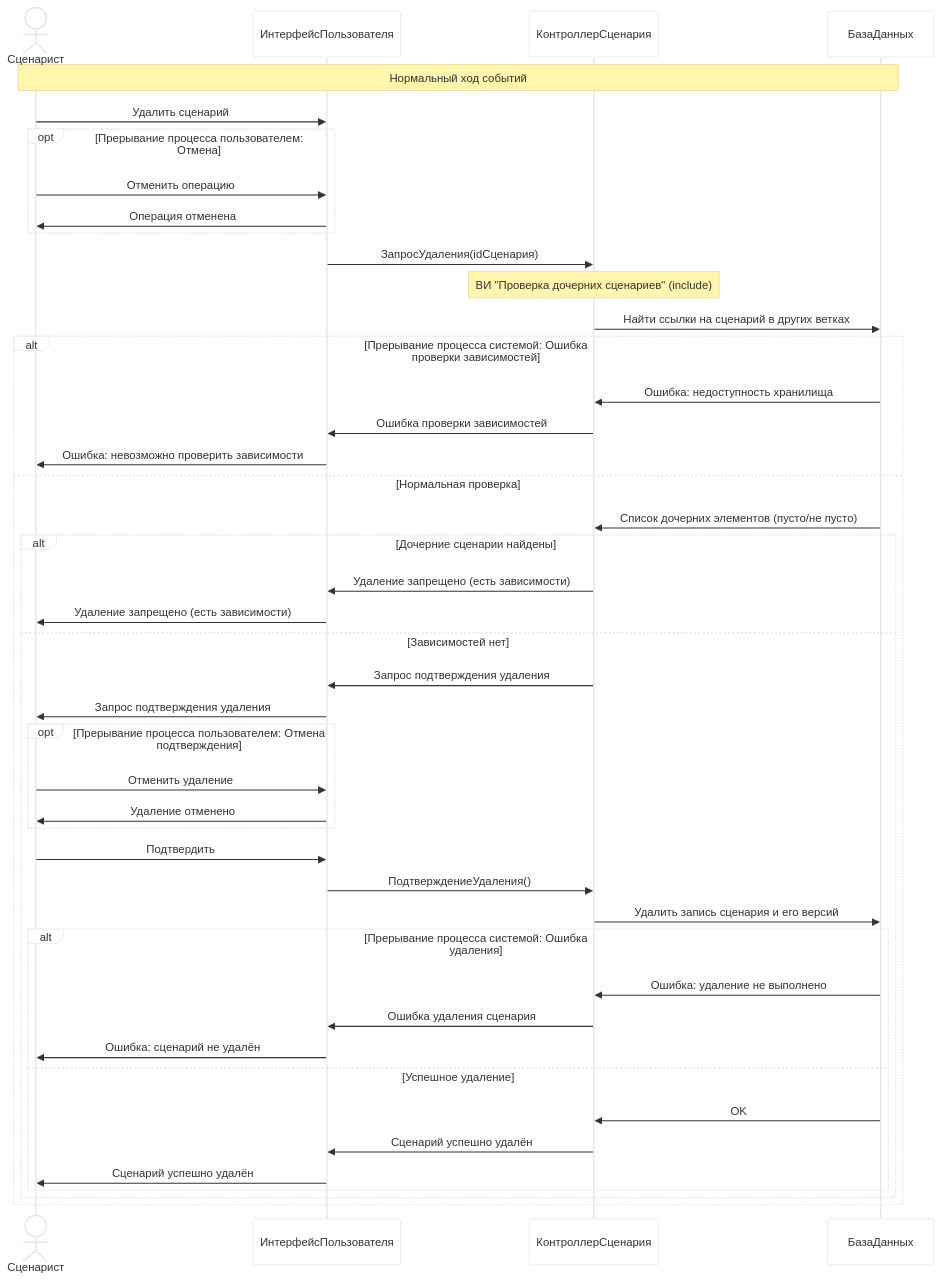
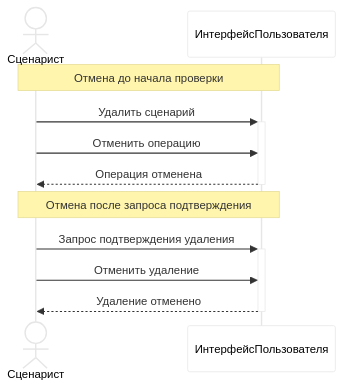
The ninth of 9 diagrams in Диаграмма последовательностей взаимодействия объектов классов пакета Обработка эмбеддингов.md (CHSU-scenarAIst/diagrammy), drawn with Mermaid before and after one commit. The commit also changed other lines of this file and 2 other files, not shown here.

````diff
--- a/Диаграмма последовательностей взаимодействия объектов классов пакета Обработка эмбеддингов.md
+++ b/Диаграмма последовательностей взаимодействия объектов классов пакета Обработка эмбеддингов.md
@@ -196,56 +190,16 @@
 ```mermaid
-%%{init: {'theme': 'base', 'themeVariables': { 'primaryColor': '#fff', 'edgeColor': '#000', 'lineColor': '#000'}}}%%
+%%{init: {'theme': 'base', 'themeVariables': { 'primaryColor': '#fff', 'edgeColor': '#000', 'lineColor': '#000', 'actorTextColor': '#000'}}}%%
 sequenceDiagram
     actor User as Сценарист
     participant UI as ИнтерфейсПользователя
-    participant Controller as КонтроллерСценария
-    participant Storage as БазаДанных
 
-    Note over User,Storage: Нормальный ход событий
-    User->>UI: Удалить сценарий
-    
-    opt Прерывание процесса пользователем: Отмена
-        User->>UI: Отменить операцию
-        UI->>User: Операция отменена
-    end
-    
-    UI->>Controller: ЗапросУдаления(idСценария)
-    
-    Note over Controller: ВИ "Проверка дочерних сценариев" (include)
-    Controller->>Storage: Найти ссылки на сценарий в других ветках
-    
-    alt Прерывание процесса системой: Ошибка проверки зависимостей
-        Storage->>Controller: Ошибка: недоступность хранилища
-        Controller->>UI: Ошибка проверки зависимостей
-        UI->>User: Ошибка: невозможно проверить зависимости
-    else Нормальная проверка
-        Storage->>Controller: Список дочерних элементов (пусто/не пусто)
-        
-        alt Дочерние сценарии найдены
-            Controller->>UI: Удаление запрещено (есть зависимости)
-            UI->>User: Удаление запрещено (есть зависимости)
-        else Зависимостей нет
-            Controller->>UI: Запрос подтверждения удаления
-            UI->>User: Запрос подтверждения удаления
-            
-            opt Прерывание процесса пользователем: Отмена подтверждения
-                User->>UI: Отменить удаление
-                UI->>User: Удаление отменено
-            end
-            
-            User->>UI: Подтвердить
-            UI->>Controller: ПодтверждениеУдаления()
-            Controller->>Storage: Удалить запись сценария и его версий
-            
-            alt Прерывание процесса системой: Ошибка удаления
-                Storage->>Controller: Ошибка: удаление не выполнено
-                Controller->>UI: Ошибка удаления сценария
-                UI->>User: Ошибка: сценарий не удалён
-            else Успешное удаление
-                Storage->>Controller: OK
-                Controller->>UI: Сценарий успешно удалён
-                UI->>User: Сценарий успешно удалён
-            end
-        end
-    end
+    Note over User,UI: Отмена до начала проверки
+    User->>+UI: Удалить сценарий
+    User->>UI: Отменить операцию
+    UI-->>-User: Операция отменена
+
+    Note over User,UI: Отмена после запроса подтверждения
+    User->>+UI: Запрос подтверждения удаления
+    User->>UI: Отменить удаление
+    UI-->>-User: Удаление отменено
 ```
````
